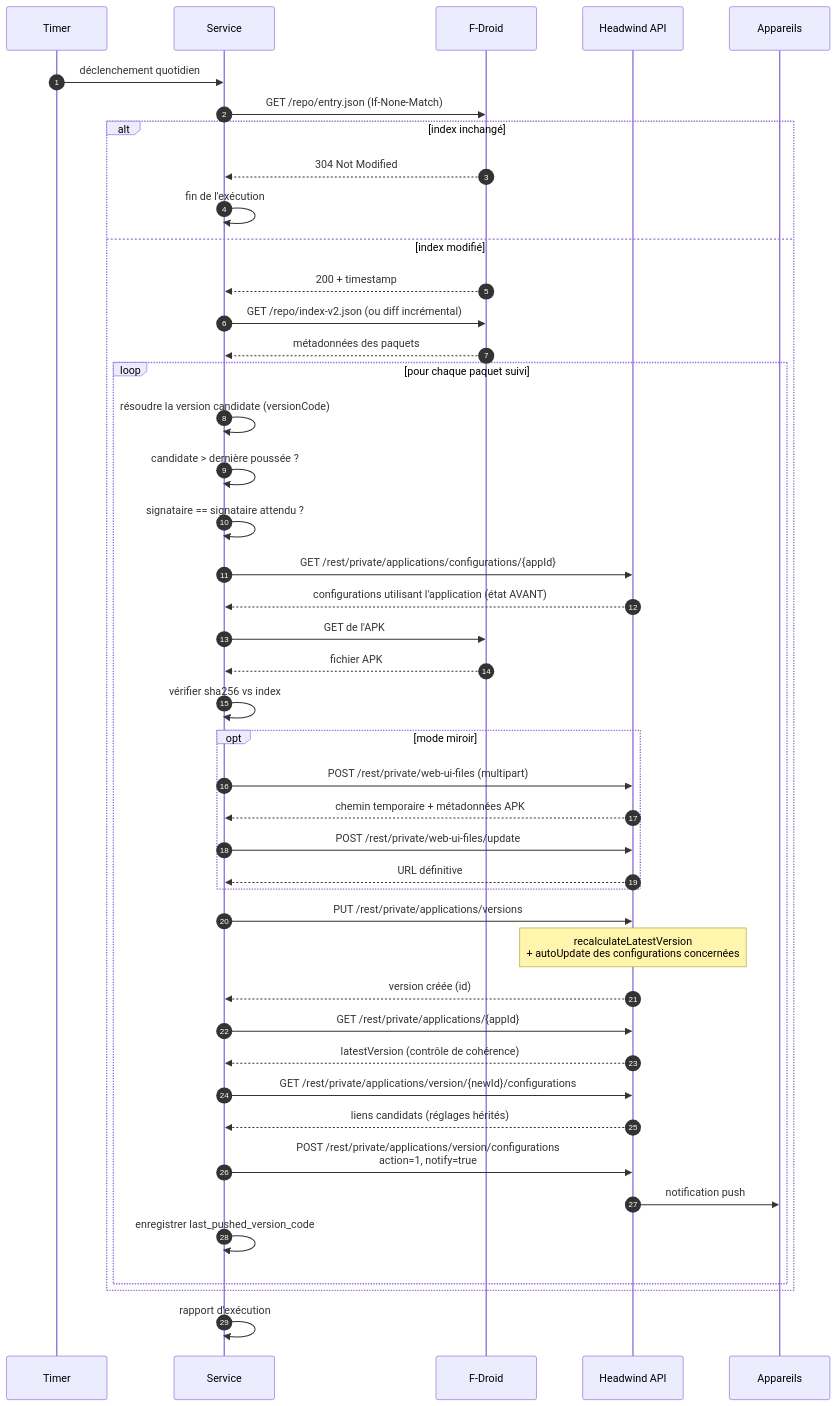
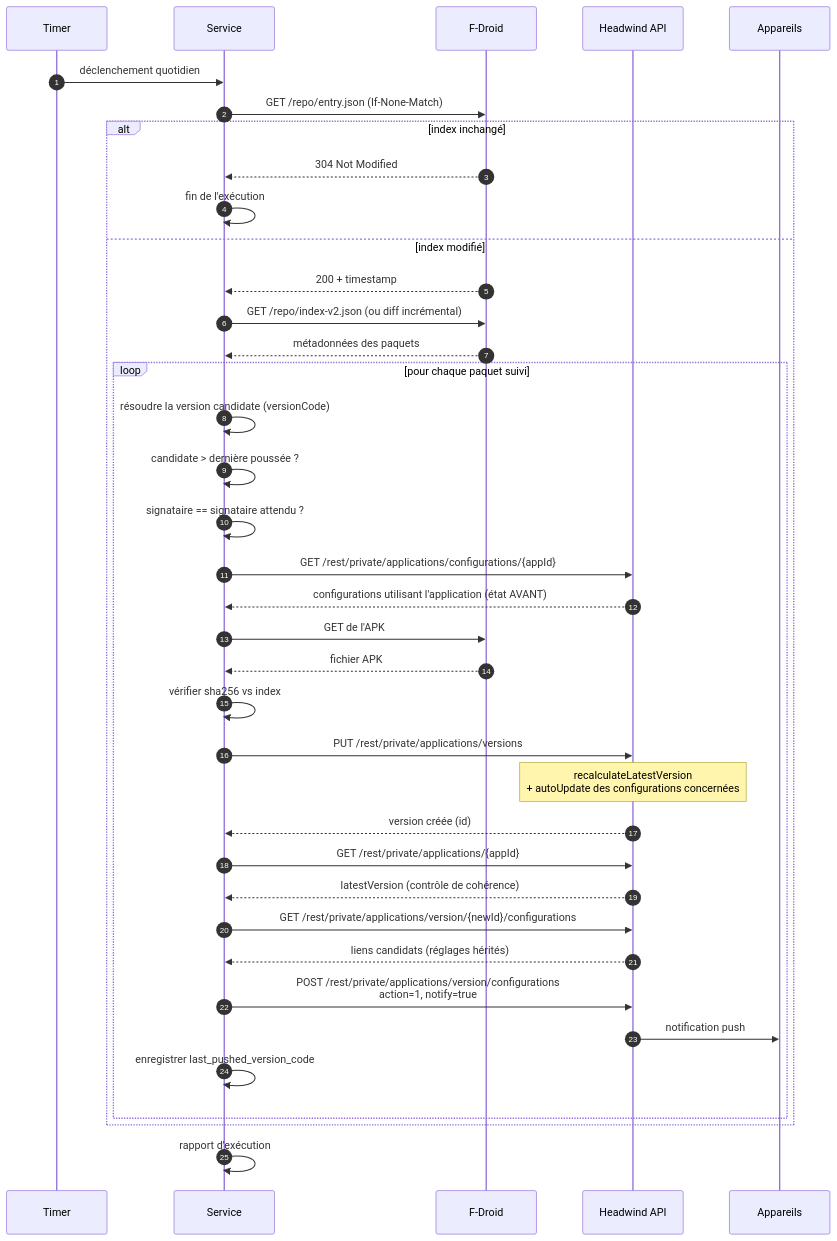
Before and after one commit to Sarcouy/fdroid-headwind-mirror: the second of 4 diagrams in docs/architecture.md, drawn with Mermaid. The commit also changed other lines of this file and 11 other files, not shown here.

````diff
--- a/docs/architecture.md
+++ b/docs/architecture.md
@@ -155,56 +156,49 @@
 ```mermaid
 sequenceDiagram
     autonumber
     participant T as Timer
     participant S as Service
     participant F as F-Droid
     participant H as Headwind API
     participant D as Appareils
 
     T->>S: déclenchement quotidien
     S->>F: GET /repo/entry.json (If-None-Match)
     alt index inchangé
         F-->>S: 304 Not Modified
         S->>S: fin de l'exécution
     else index modifié
         F-->>S: 200 + timestamp
         S->>F: GET /repo/index-v2.json (ou diff incrémental)
         F-->>S: métadonnées des paquets
 
         loop pour chaque paquet suivi
             S->>S: résoudre la version candidate (versionCode)
             S->>S: candidate > dernière poussée ?
             S->>S: signataire == signataire attendu ?
 
             S->>H: GET /rest/private/applications/configurations/{appId}
             H-->>S: configurations utilisant l'application (état AVANT)
 
             S->>F: GET de l'APK
             F-->>S: fichier APK
             S->>S: vérifier sha256 vs index
 
-            opt mode miroir
-                S->>H: POST /rest/private/web-ui-files (multipart)
-                H-->>S: chemin temporaire + métadonnées APK
-                S->>H: POST /rest/private/web-ui-files/update
-                H-->>S: URL définitive
-            end
-
             S->>H: PUT /rest/private/applications/versions
             Note over H: recalculateLatestVersion<br/>+ autoUpdate des configurations concernées
             H-->>S: version créée (id)
 
             S->>H: GET /rest/private/applications/{appId}
             H-->>S: latestVersion (contrôle de cohérence)
 
             S->>H: GET /rest/private/applications/version/{newId}/configurations
             H-->>S: liens candidats (réglages hérités)
 
             S->>H: POST /rest/private/applications/version/configurations<br/>action=1, notify=true
             H->>D: notification push
             S->>S: enregistrer last_pushed_version_code
         end
     end
 
     S->>S: rapport d'exécution
 ```
````
